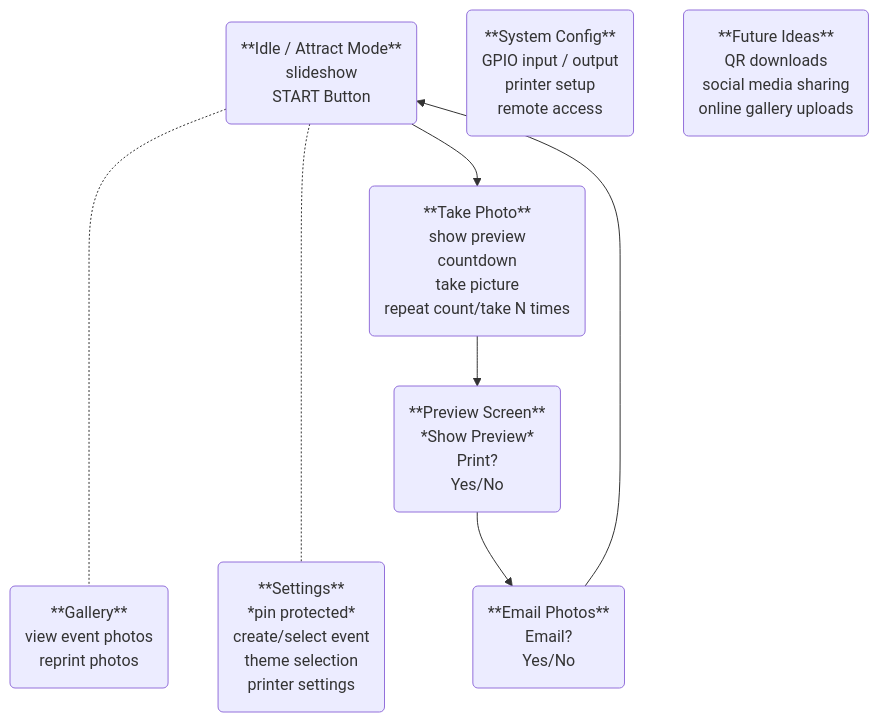
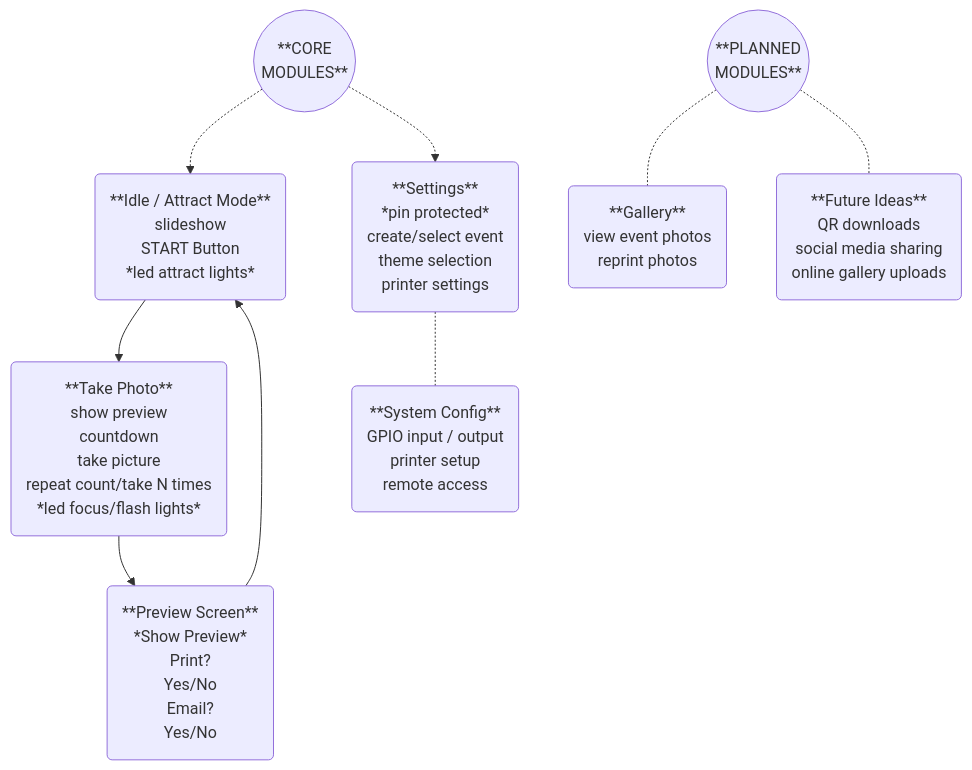
The diagram in docs/flowchart.mmd (omgsideburns/phototron), drawn with Mermaid before and after one commit. The commit also changed 32 other files, not shown here.

```diff
--- a/docs/flowchart.mmd
+++ b/docs/flowchart.mmd
@@ -1,60 +1,63 @@
 flowchart TD
-
+CORE((**CORE
+MODULES**))
 a(
     **Idle / Attract Mode**
     slideshow
-START Button
+    START Button
+    *led attract lights*
 )
 
 b(
     **Take Photo**
     show preview
     countdown
     take picture
     repeat count/take N times
+    *led focus/flash lights*
 )
 
 c(
     **Preview Screen**
     *Show Preview* 
     Print?
     Yes/No
-)
-
-d(
-    **Email Photos**
     Email?
     Yes/No
 )
+
+TBD((**PLANNED
+MODULES**))
 
 gallery(
     **Gallery**
     view event photos
     reprint photos
 )
 
 settings(
     **Settings**
     *pin protected*
     create/select event
     theme selection
     printer settings
 )
 
 config(
     **System Config**
     GPIO input / output
     printer setup
     remote access
 )
 
 f(
     **Future Ideas**
     QR downloads
     social media sharing
     online gallery uploads
 )
 
-a -...- gallery & settings
+TBD -.- gallery & f
 
-a --> b --> c --> d --> a
+CORE -.-> a --> b --> c --> a
+CORE -.-> settings -.- config
```
